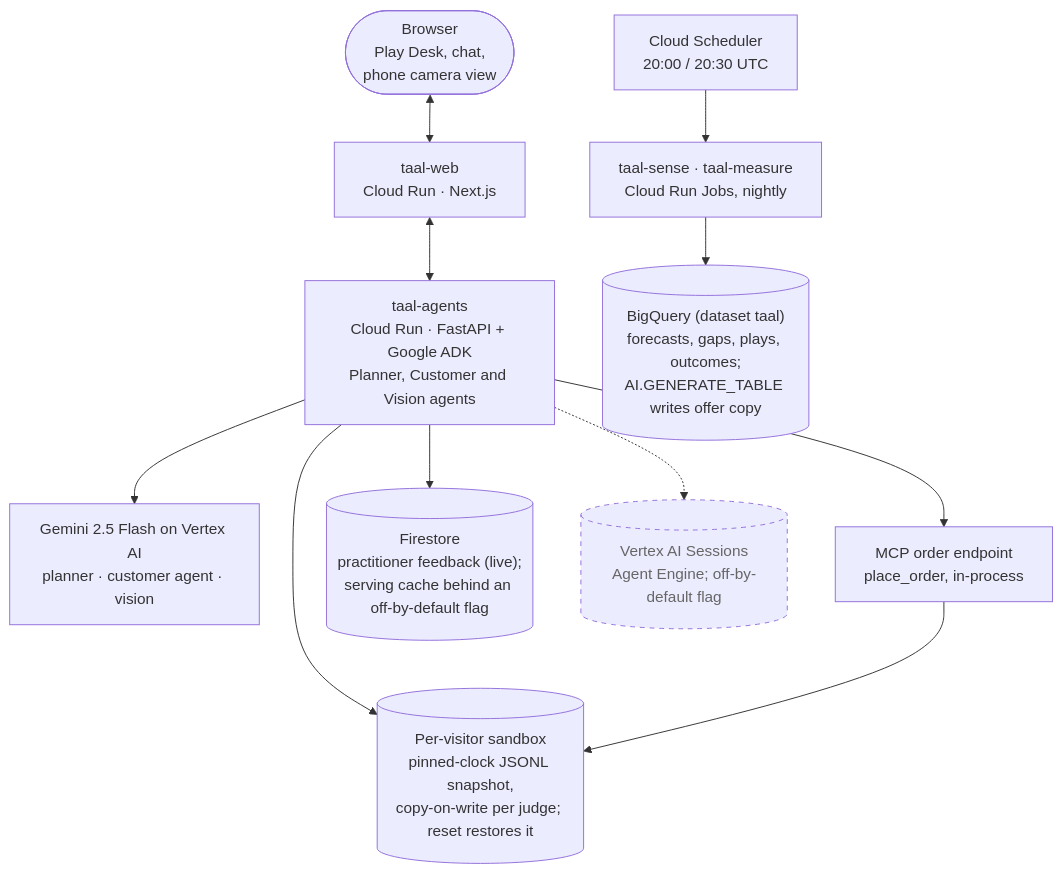
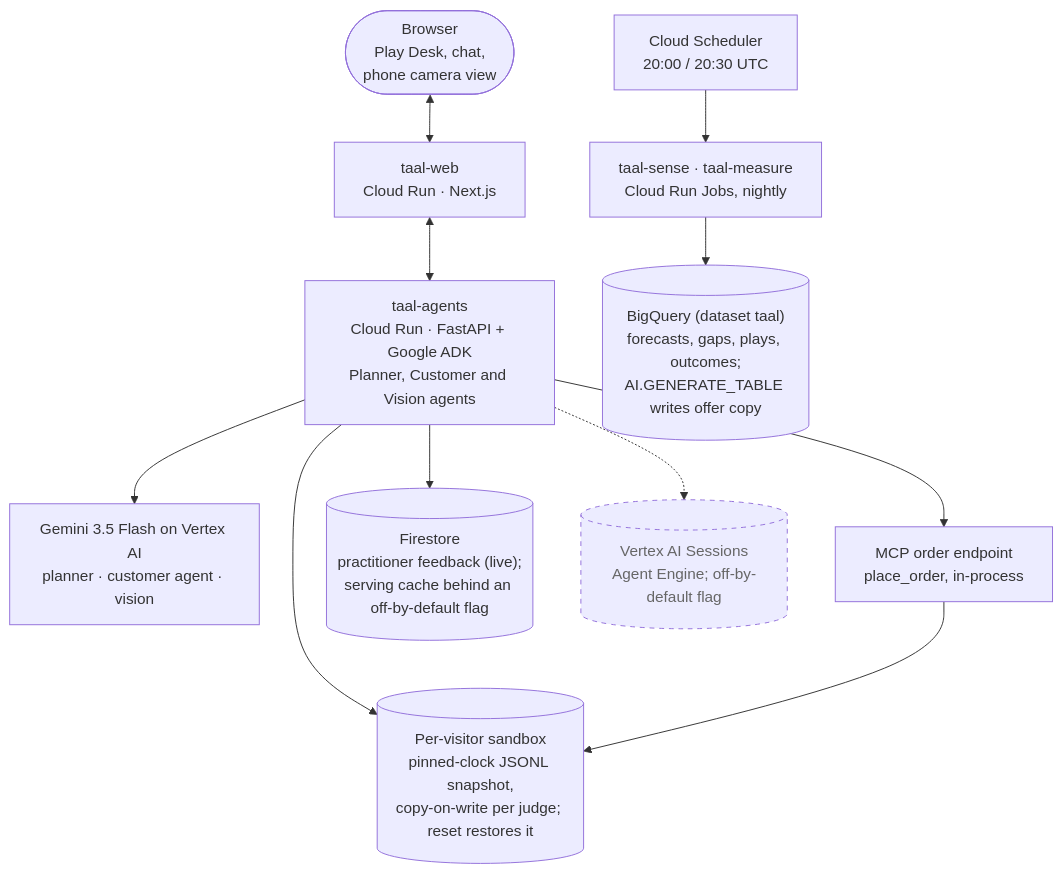
Before and after one commit to Nandish3010/probable-fortnight: the diagram in docs/architecture.md, drawn with Mermaid. The commit also changed 29 other files, not shown here.

````diff
--- a/docs/architecture.md
+++ b/docs/architecture.md
@@ -8,26 +8,26 @@
 ```mermaid
 flowchart TB
   Browser(["Browser<br/>Play Desk, chat,<br/>phone camera view"])
   Web["taal-web<br/>Cloud Run · Next.js"]
   Agents["taal-agents<br/>Cloud Run · FastAPI + Google ADK<br/>Planner, Customer and Vision agents"]
-  Gemini["Gemini 2.5 Flash on Vertex AI<br/>planner · customer agent · vision"]
+  Gemini["Gemini 3.5 Flash on Vertex AI<br/>planner · customer agent · vision"]
   MCP["MCP order endpoint<br/>place_order, in-process"]
   Sandbox[("Per-visitor sandbox<br/>pinned-clock JSONL snapshot,<br/>copy-on-write per judge; reset restores it")]
   Firestore[("Firestore<br/>practitioner feedback (live);<br/>serving cache behind an off-by-default flag")]
   Sessions[("Vertex AI Sessions<br/>Agent Engine; off-by-default flag")]
   Sched["Cloud Scheduler<br/>20:00 / 20:30 UTC"]
   Jobs["taal-sense · taal-measure<br/>Cloud Run Jobs, nightly"]
   BQ[("BigQuery (dataset taal)<br/>forecasts, gaps, plays, outcomes;<br/>AI.GENERATE_TABLE writes offer copy")]
 
   Browser <--> Web
   Web <--> Agents
   Agents --> Gemini
   Agents --> Sandbox
   Agents --> MCP --> Sandbox
   Agents --> Firestore
   Agents -.-> Sessions
   Sched --> Jobs --> BQ
 
   classDef off stroke-dasharray: 5 5,color:#666
   class Sessions off
 ```
````
